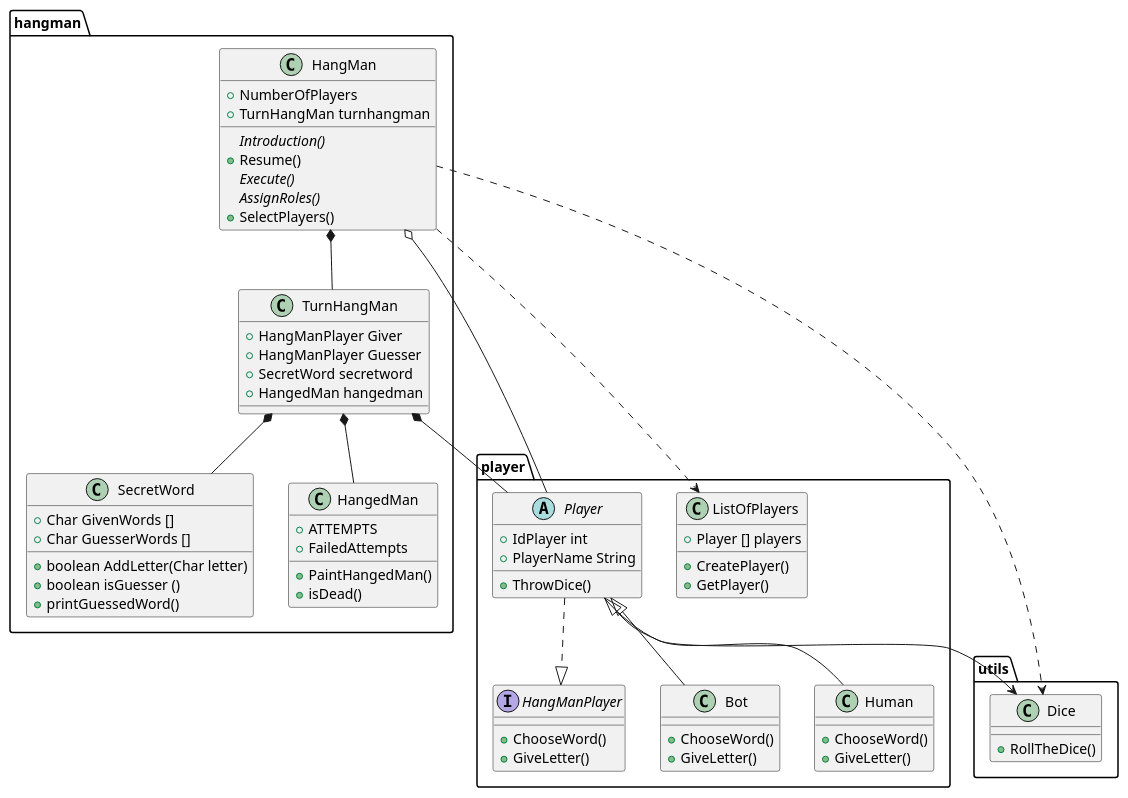
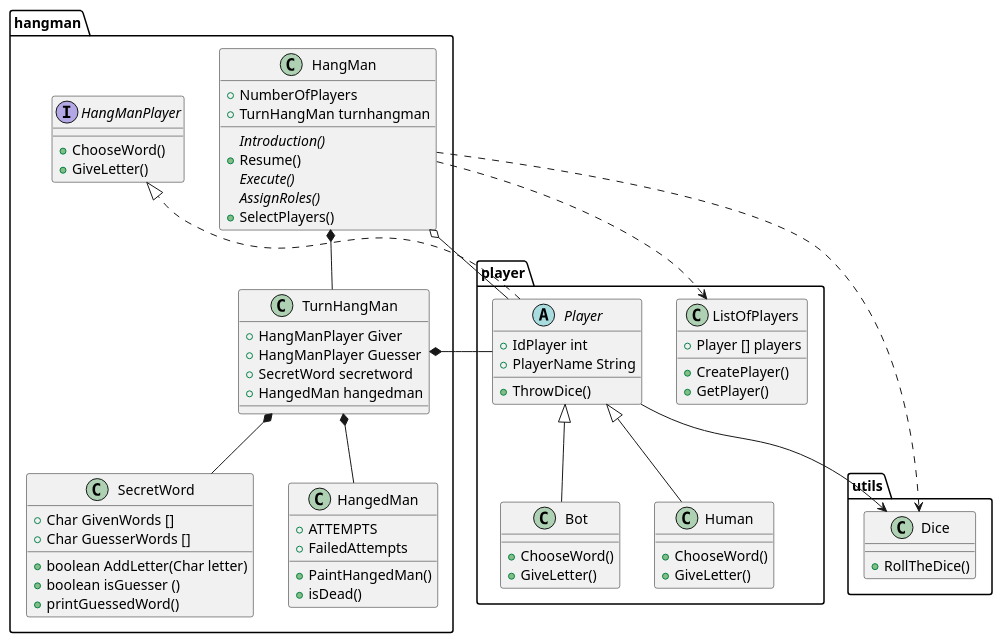
The diagram in diagrams/ClassDiagramHangMan.wsd (Gabs16TL/Games_Platform), drawn with PlantUML before and after one commit. The commit also changed 2 other files, not shown here.

```diff
--- a/diagrams/ClassDiagramHangMan.wsd
+++ b/diagrams/ClassDiagramHangMan.wsd
@@ -1,92 +1,93 @@
 @startuml
 
 package hangman {
 
 class HangMan {
     +NumberOfPlayers
     +TurnHangMan turnhangman
     {abstract}Introduction()
     +Resume()
     {abstract}Execute()
     {abstract}AssignRoles()
     +SelectPlayers()
 }
 
 class SecretWord {
     +Char GivenWords []
     +Char GuesserWords []
     +boolean AddLetter(Char letter)
     +boolean isGuesser ()
     +printGuessedWord()
 }
 class TurnHangMan {
     +HangManPlayer Giver
     +HangManPlayer Guesser
     +SecretWord secretword
     +HangedMan hangedman
 }
 class HangedMan {   
     +ATTEMPTS    
     +FailedAttempts
     +PaintHangedMan()
     +isDead()
 }
 
+interface HangManPlayer {
+    +ChooseWord()
+    +GiveLetter()
+}
+
 }
 
 package player {
 
 abstract class Player {
     +IdPlayer int
     +PlayerName String
     +ThrowDice()
 }
 
 class ListOfPlayers {
     +Player [] players
     +CreatePlayer()
     +GetPlayer()
 }
 
-interface HangManPlayer {
-    +ChooseWord()
-    +GiveLetter()
-}
 
 class Bot {
     +ChooseWord()
     +GiveLetter()
 }
 class Human {
     +ChooseWord()
     +GiveLetter()
 }
 
 }
 
 package utils {
 
 class Dice {
     +RollTheDice()
 }
 
 }
 
 
 
 
 HangMan o-- Player
 HangMan *--TurnHangMan
 TurnHangMan*-- SecretWord
 TurnHangMan*-- HangedMan
 Player <|-- Bot
 Player <|-- Human
 Player ..|>HangManPlayer
 TurnHangMan *-- Player
 
 Player-->Dice
 
 HangMan ..> ListOfPlayers
 HangMan ..>Dice
 
 @enduml
```
